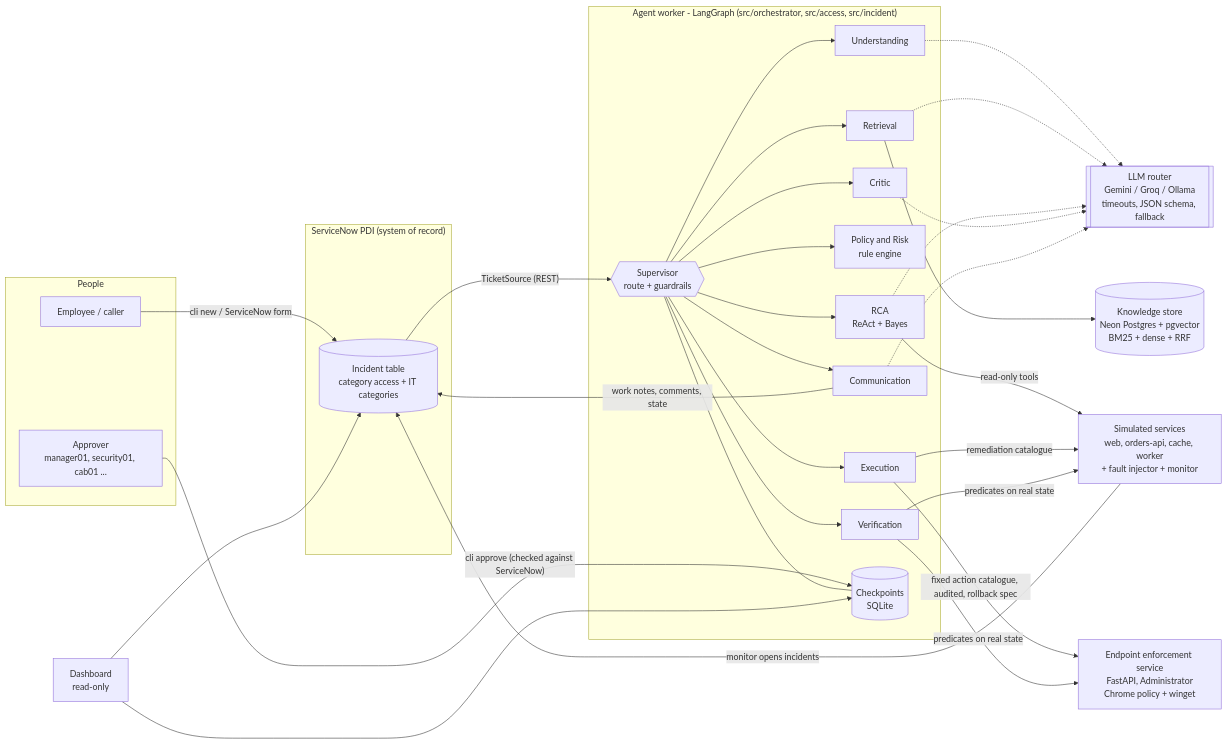
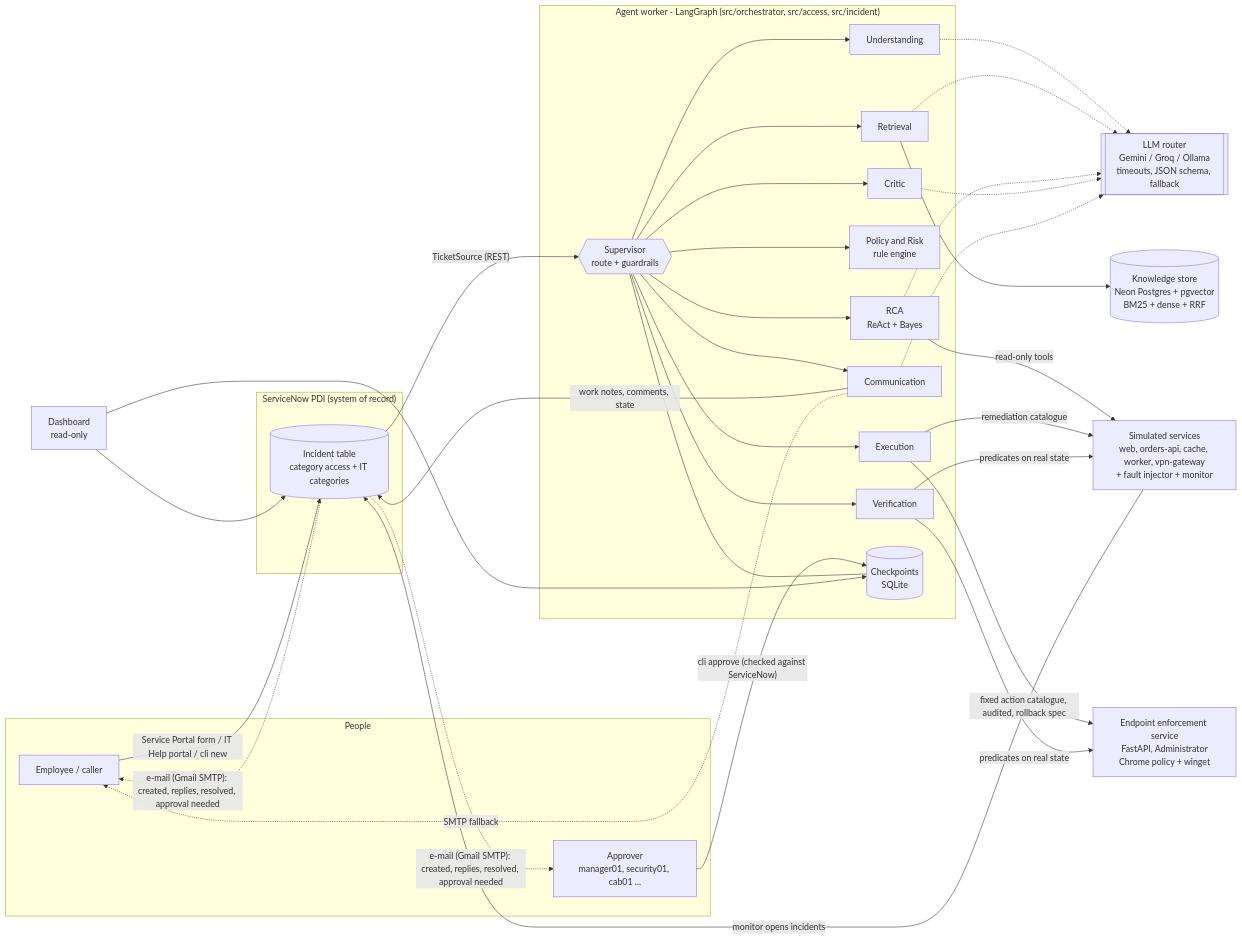
Before and after one commit to karthikeya12082005/itsm-agentic-framework: the diagram in README.md, drawn with Mermaid. The commit also changed other lines of this file and 3 other files, not shown here.

Commit message:
Phase 6: docs (README portals, e-mail, VPN lab; CLAUDE.md ticks 6.2-6.5), expected outcome per fault in the incident eval

````diff
--- a/README.md
+++ b/README.md
@@ -25,42 +32,44 @@
 ```mermaid
 flowchart LR
     subgraph People
         EMP[Employee / caller]
         APR[Approver<br/>manager01, security01, cab01 ...]
     end
     subgraph ServiceNow["ServiceNow PDI (system of record)"]
         INC[(Incident table<br/>category access + IT categories)]
     end
     subgraph Agents["Agent worker - LangGraph (src/orchestrator, src/access, src/incident)"]
         SUP{{Supervisor<br/>route + guardrails}}
         UND[Understanding]
         RET[Retrieval]
         RCA[RCA<br/>ReAct + Bayes]
         POL[Policy and Risk<br/>rule engine]
         CRI[Critic]
         EXE[Execution]
         VER[Verification]
         COM[Communication]
         CP[(Checkpoints<br/>SQLite)]
     end
     ROUTER[[LLM router<br/>Gemini / Groq / Ollama<br/>timeouts, JSON schema, fallback]]
     KB[(Knowledge store<br/>Neon Postgres + pgvector<br/>BM25 + dense + RRF)]
     EP[Endpoint enforcement service<br/>FastAPI, Administrator<br/>Chrome policy + winget]
-    LAB[Simulated services<br/>web, orders-api, cache, worker<br/>+ fault injector + monitor]
+    LAB[Simulated services<br/>web, orders-api, cache, worker, vpn-gateway<br/>+ fault injector + monitor]
     DASH[Dashboard<br/>read-only]
 
-    EMP -- "cli new / ServiceNow form" --> INC
+    EMP -- "Service Portal form / IT Help portal / cli new" --> INC
+    INC -. "e-mail (Gmail SMTP): created, replies, resolved, approval needed" .-> EMP & APR
     LAB -- "monitor opens incidents" --> INC
     INC -- "TicketSource (REST)" --> SUP
     SUP --> UND & RET & RCA & POL & CRI & EXE & VER & COM
     UND & RET & RCA & CRI & COM -.-> ROUTER
     RET --> KB
     RCA -- "read-only tools" --> LAB
     EXE -- "fixed action catalogue, audited, rollback spec" --> EP
     EXE -- "remediation catalogue" --> LAB
     VER -- "predicates on real state" --> EP & LAB
     COM -- "work notes, comments, state" --> INC
+    COM -. "SMTP fallback" .-> EMP
     APR -- "cli approve (checked against ServiceNow)" --> CP
     SUP --- CP
     DASH --> INC & CP
 ```
````
